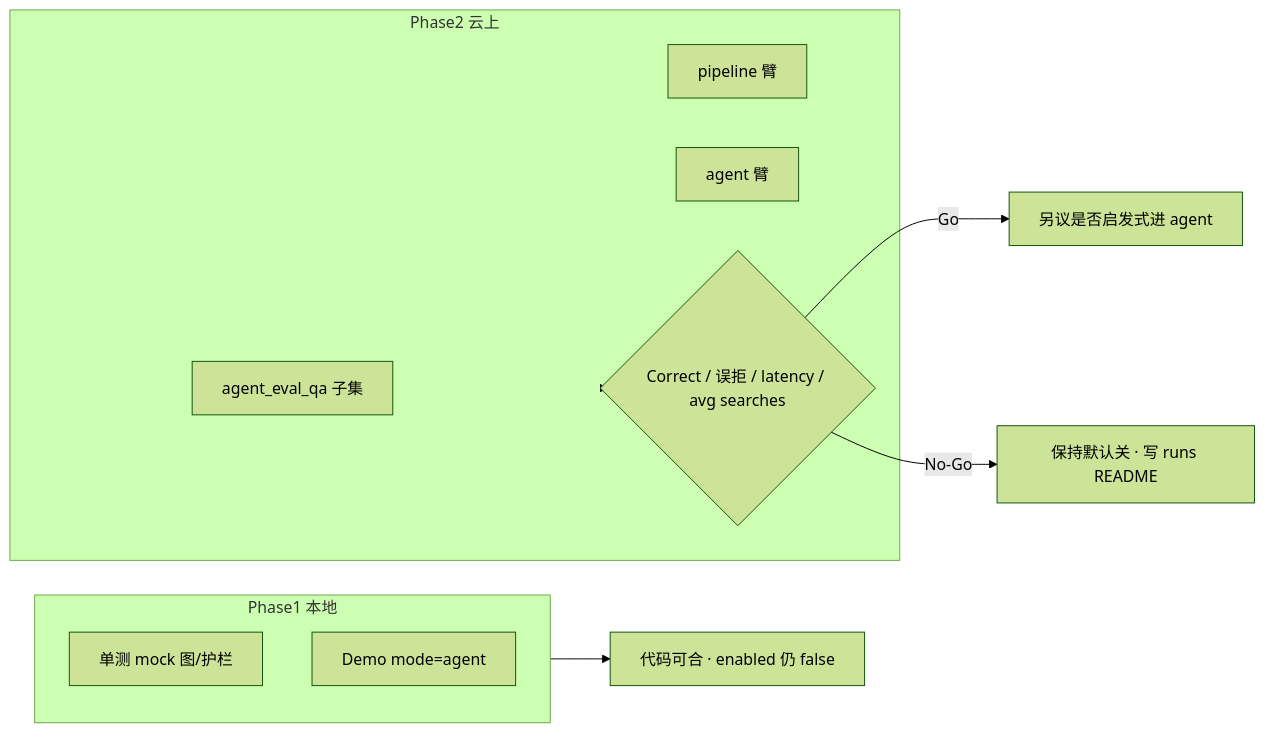
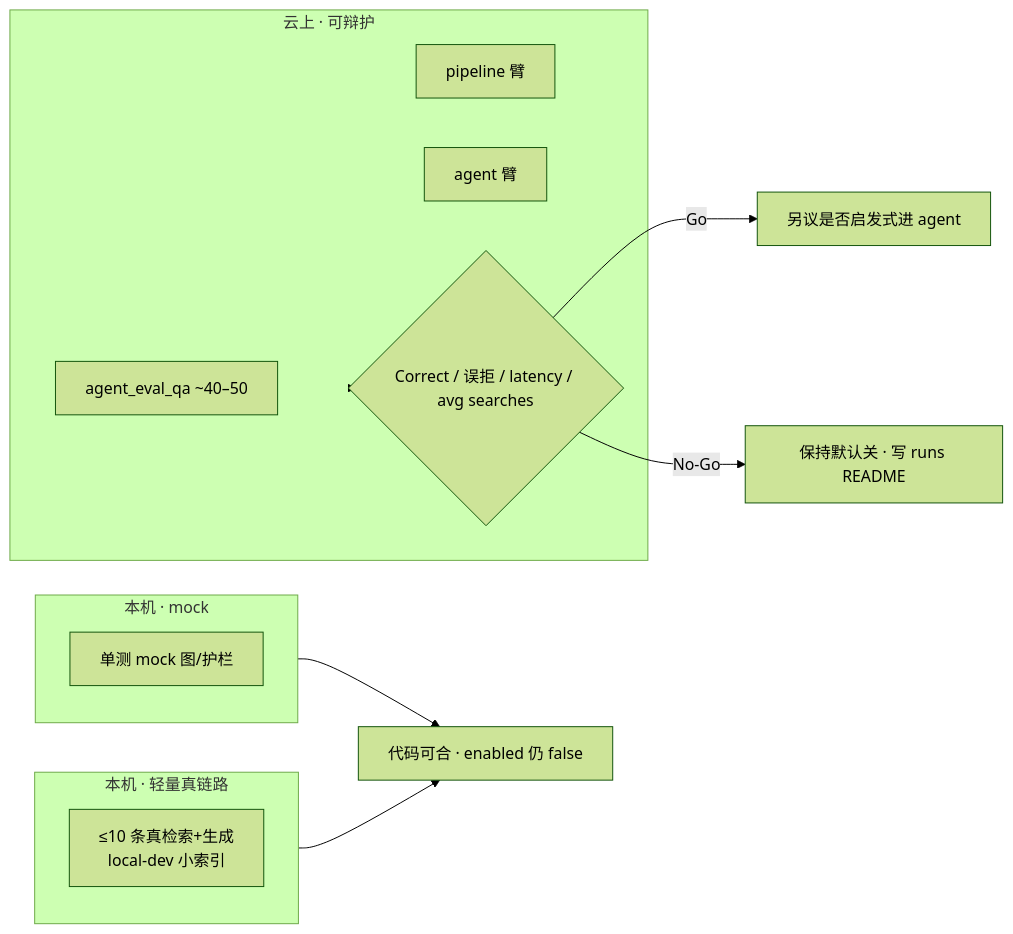
Diagram 13 of 13 in docs/architecture/agent.md (zyascend/prism-rag), drawn with Mermaid (forest theme) before and after one commit. The commit also changed other lines of this file and 2 other files, not shown here.

First line of the commit message:
docs: 本机轻量真链路 eval 协议（≤10q local-demo）

````diff
--- a/docs/architecture/agent.md
+++ b/docs/architecture/agent.md
@@ -503,19 +503,23 @@
 ```mermaid
 flowchart LR
-  subgraph P1["Phase1 本地"]
+  subgraph P1a["本机 · mock"]
     UT[单测 mock 图/护栏]
-    Demo[Demo mode=agent]
   end
 
-  subgraph P2["Phase2 云上"]
-    Sub[agent_eval_qa 子集]
+  subgraph P1b["本机 · 轻量真链路"]
+    Smoke["≤10 条真检索+生成<br/>local-dev 小索引"]
+  end
+
+  subgraph P2["云上 · 可辩护"]
+    Sub[agent_eval_qa ~40–50]
     A1[pipeline 臂]
     A2[agent 臂]
     Dec{Correct / 误拒 / latency / avg searches}
   end
 
-  P1 --> Merge[代码可合 · enabled 仍 false]
+  P1a --> Merge[代码可合 · enabled 仍 false]
+  P1b --> Merge
   P2 --> Dec
   Dec -->|Go| Later[另议是否启发式进 agent]
   Dec -->|No-Go| Keep[保持默认关 · 写 runs README]
 ```
````
